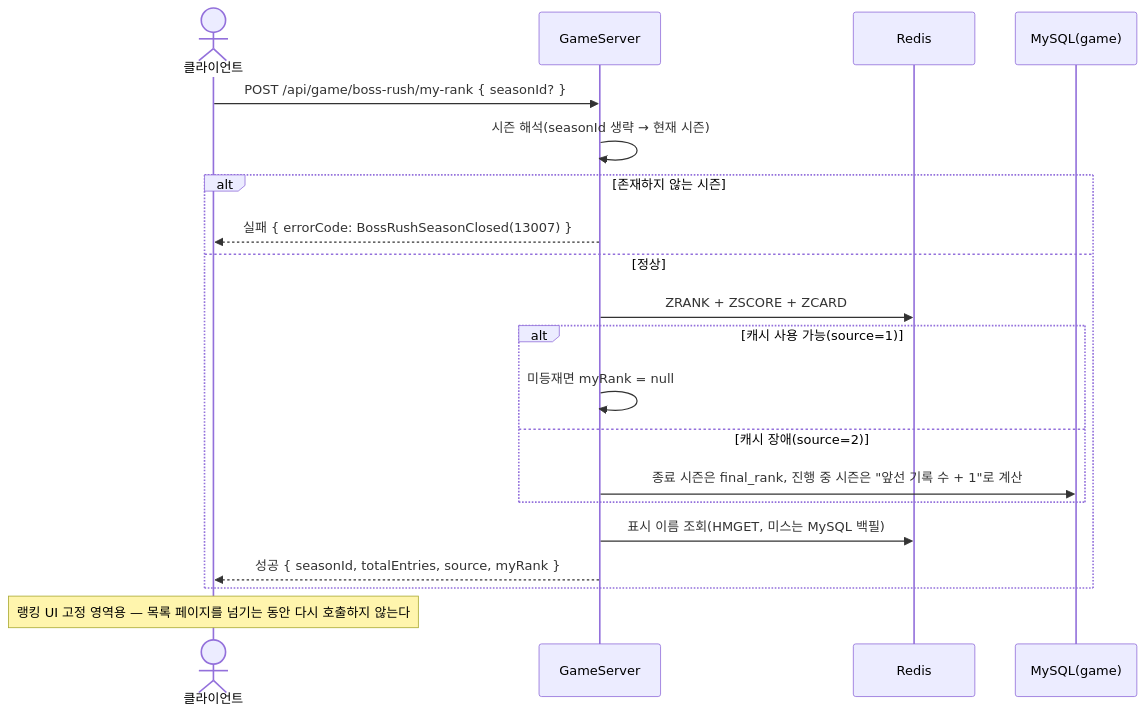
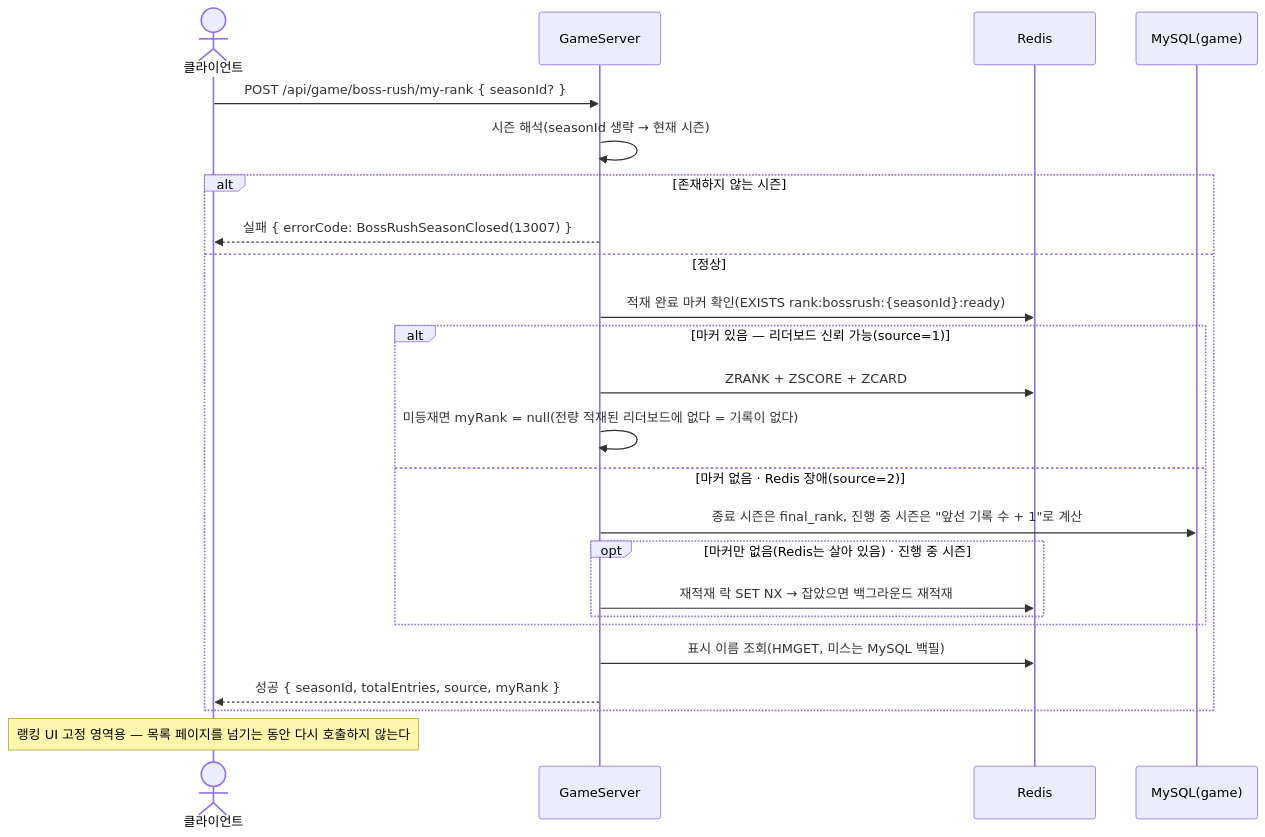
Diagram 46 of 48 in SequenceDiagram/README.md (ks-wook/com2us-taskbar-hero), drawn with Mermaid before and after one commit. The commit also changed other lines of this file and 11 other files, not shown here.

````diff
--- a/SequenceDiagram/README.md
+++ b/SequenceDiagram/README.md
@@ -1509,23 +1517,27 @@
 ```mermaid
 sequenceDiagram
     actor C as 클라이언트
     participant S as GameServer
     participant R as Redis
     participant DB as MySQL(game)
 
     C->>S: POST /api/game/boss-rush/my-rank { seasonId? }
     S->>S: 시즌 해석(seasonId 생략 → 현재 시즌)
     alt 존재하지 않는 시즌
         S-->>C: 실패 { errorCode: BossRushSeasonClosed(13007) }
     else 정상
-        S->>R: ZRANK + ZSCORE + ZCARD
-        alt 캐시 사용 가능(source=1)
-            S->>S: 미등재면 myRank = null
-        else 캐시 장애(source=2)
+        S->>R: 적재 완료 마커 확인(EXISTS rank:bossrush:{seasonId}:ready)
+        alt 마커 있음 — 리더보드 신뢰 가능(source=1)
+            S->>R: ZRANK + ZSCORE + ZCARD
+            S->>S: 미등재면 myRank = null(전량 적재된 리더보드에 없다 = 기록이 없다)
+        else 마커 없음 · Redis 장애(source=2)
             S->>DB: 종료 시즌은 final_rank, 진행 중 시즌은 "앞선 기록 수 + 1"로 계산
+            opt 마커만 없음(Redis는 살아 있음) · 진행 중 시즌
+                S->>R: 재적재 락 SET NX → 잡았으면 백그라운드 재적재
+            end
         end
         S->>R: 표시 이름 조회(HMGET, 미스는 MySQL 백필)
         S-->>C: 성공 { seasonId, totalEntries, source, myRank }
     end
     Note over C: 랭킹 UI 고정 영역용 — 목록 페이지를 넘기는 동안 다시 호출하지 않는다
 ```
````
